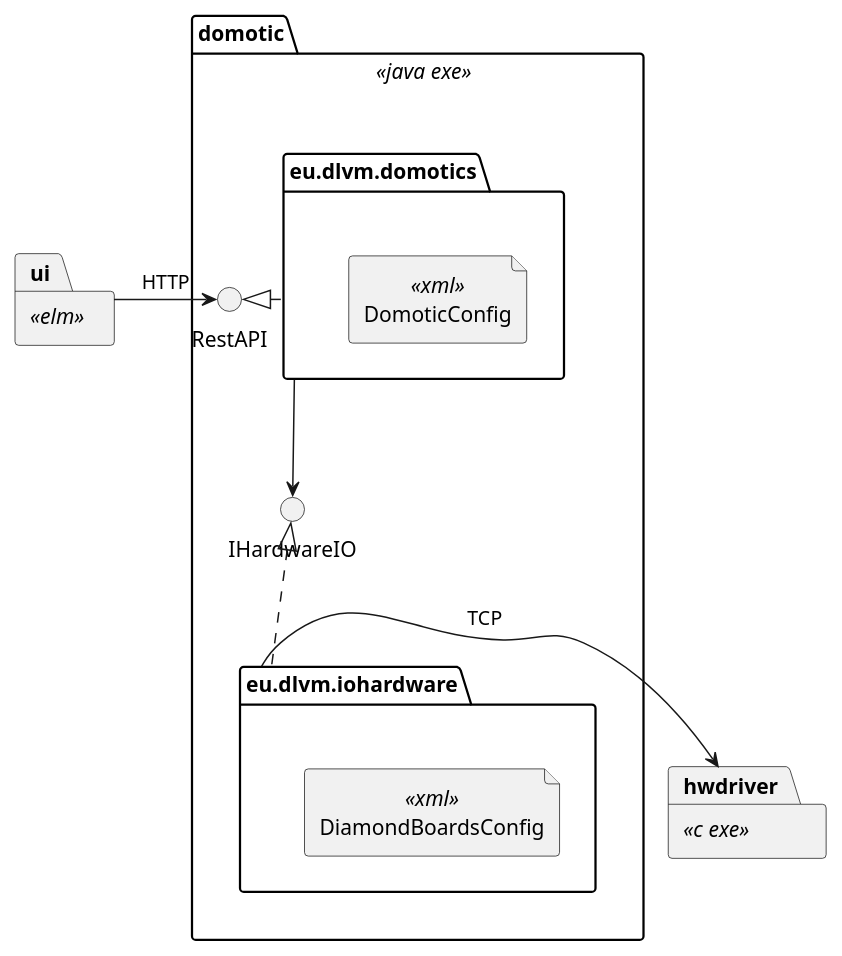
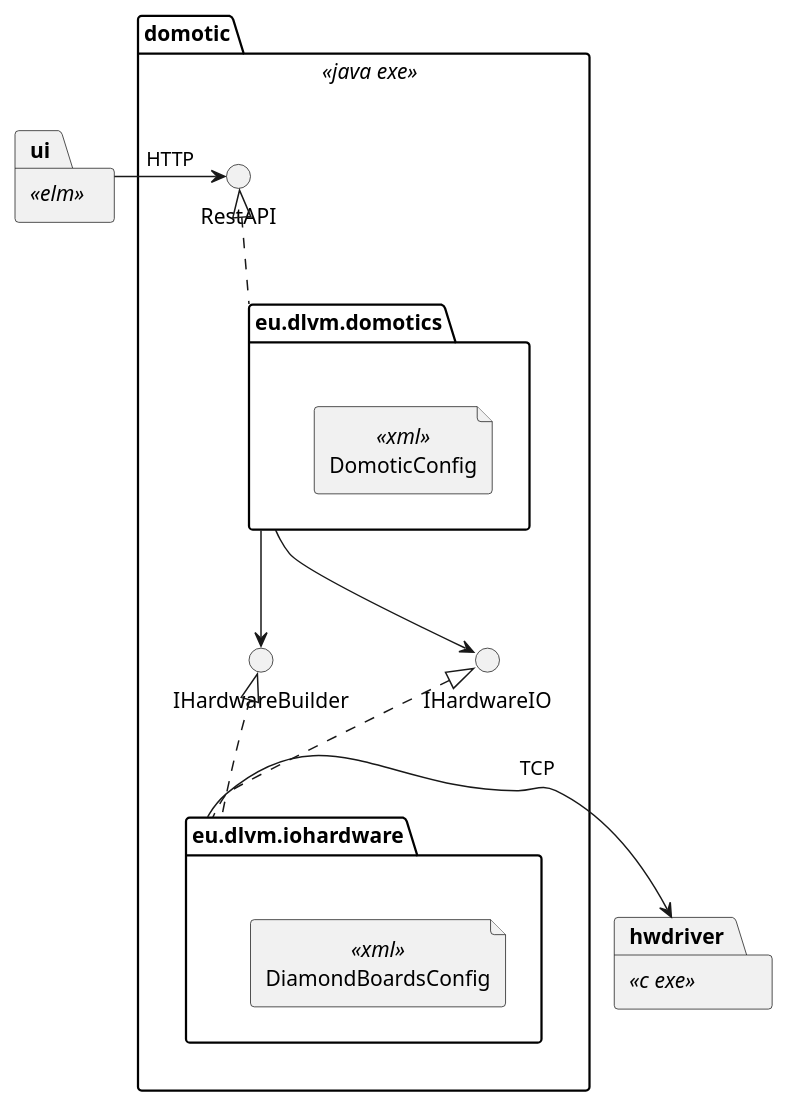
Before and after one commit to dvaneynde/hwdriver: the third of 3 diagrams in DESIGN.md, drawn with PlantUML. The commit also changed other lines of this file and 7 other files, not shown here.

Commit message:
Remove sequence from loop(), since it is not used nor useful.

````diff
--- a/DESIGN.md
+++ b/DESIGN.md
@@ -207,27 +207,28 @@
 ```plantuml
 package ui <<elm>> {
 
 }
 package domotic <<java exe>> {
     interface RestAPI
     ui -> RestAPI : HTTP
     package eu.dlvm.domotics {
         file DomoticConfig <<xml>>   
     }
-    RestAPI <|. eu.dlvm.domotics
+    RestAPI <|.. eu.dlvm.domotics
+    interface IHardwareBuilder
     interface IHardwareIO
     package eu.dlvm.iohardware {
         file DiamondBoardsConfig <<xml>>
 
     }
+    eu.dlvm.domotics --> IHardwareBuilder
     eu.dlvm.domotics --> IHardwareIO
+    IHardwareBuilder <|.. eu.dlvm.iohardware
     IHardwareIO <|.. eu.dlvm.iohardware
 }
 package hwdriver <<c exe>>{
 
 }
 
 eu.dlvm.iohardware -> hwdriver : TCP
-
-
 ```
````
